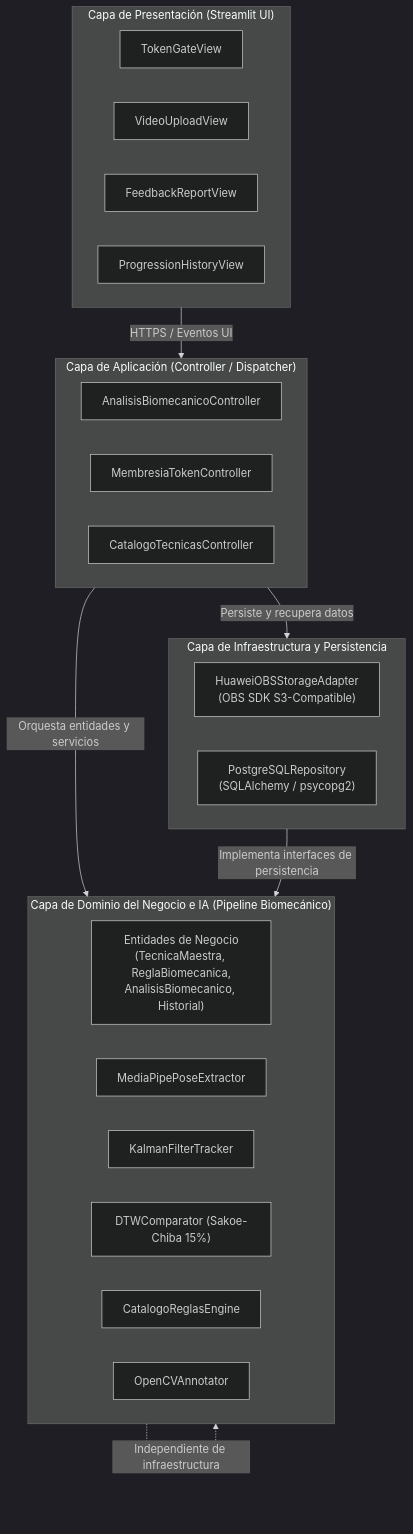
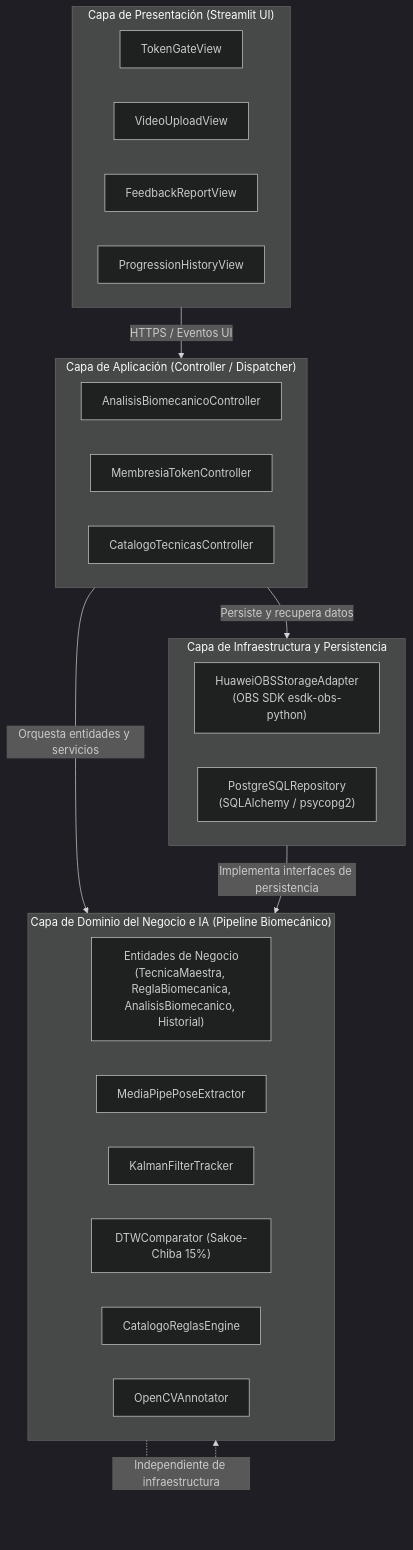
Before and after one commit to Tsmrain/JiuJitsu: the fourth of 10 diagrams in README.md, drawn with Mermaid (dark theme). The commit also changed other lines of this file, not shown here.

Commit message:
docs: update OBS SDK references and clarify network protocols and state machine terminology in README

````diff
--- a/README.md
+++ b/README.md
@@ -830,35 +830,35 @@
 ```mermaid
 graph TD
     subgraph CapaPresentacion["Capa de Presentación (Streamlit UI)"]
         UI_Login["TokenGateView"]
         UI_Upload["VideoUploadView"]
         UI_Result["FeedbackReportView"]
         UI_History["ProgressionHistoryView"]
     end
 
     subgraph CapaAplicacion["Capa de Aplicación (Controller / Dispatcher)"]
         Ctrl_Analisis["AnalisisBiomecanicoController"]
         Ctrl_Auth["MembresiaTokenController"]
         Ctrl_Catalogo["CatalogoTecnicasController"]
     end
 
     subgraph CapaDominio["Capa de Dominio del Negocio e IA (Pipeline Biomecánico)"]
         Dom_Entities["Entidades de Negocio<br/>(TecnicaMaestra, ReglaBiomecanica,<br/>AnalisisBiomecanico, Historial)"]
         Dom_Pose["MediaPipePoseExtractor"]
         Dom_Kalman["KalmanFilterTracker"]
         Dom_DTW["DTWComparator (Sakoe-Chiba 15%)"]
         Dom_Rules["CatalogoReglasEngine"]
         Dom_OpenCV["OpenCVAnnotator"]
     end
 
     subgraph CapaInfraestructura["Capa de Infraestructura y Persistencia"]
-        Infra_OBS["HuaweiOBSStorageAdapter<br/>(OBS SDK S3-Compatible)"]
+        Infra_OBS["HuaweiOBSStorageAdapter<br/>(OBS SDK esdk-obs-python)"]
         Infra_DB["PostgreSQLRepository<br/>(SQLAlchemy / psycopg2)"]
     end
 
     CapaPresentacion -->|HTTPS / Eventos UI| CapaAplicacion
     CapaAplicacion -->|Orquesta entidades y servicios| CapaDominio
     CapaAplicacion -->|Persiste y recupera datos| CapaInfraestructura
     CapaDominio -.->|Independiente de infraestructura| CapaDominio
     CapaInfraestructura -->|Implementa interfaces de persistencia| CapaDominio
 ```
````
